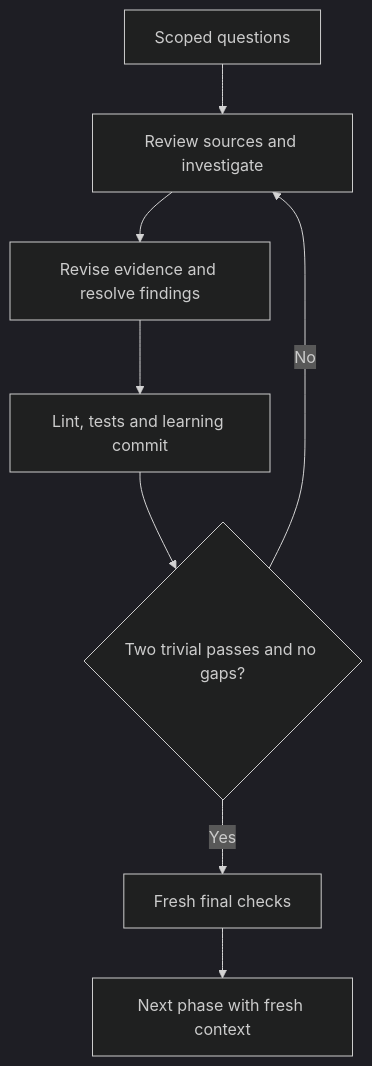
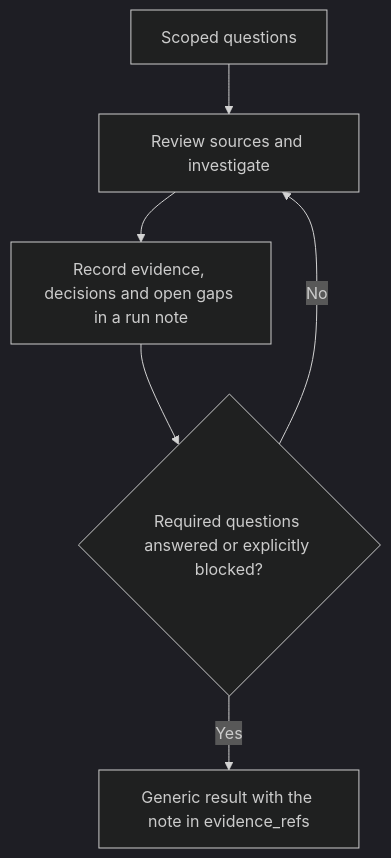
The diagram in skills/shiploop/references/research-loop.md (whichguy/skill-craft), drawn with Mermaid (dark theme) before and after one commit. The commit also changed other lines of this file and 405 other files, not shown here.

````diff
--- a/skills/shiploop/references/research-loop.md
+++ b/skills/shiploop/references/research-loop.md
@@ -15,10 +15,8 @@
 ```mermaid
 flowchart TD
   Q[Scoped questions] --> S[Review sources and investigate]
-  S --> R[Revise evidence and resolve findings]
-  R --> V[Lint, tests and learning commit]
-  V --> G{Two trivial passes and no gaps?}
+  S --> R[Record evidence, decisions and open gaps in a run note]
+  R --> G{Required questions answered or explicitly blocked?}
   G -->|No| S
-  G -->|Yes| F[Fresh final checks]
-  F --> N[Next phase with fresh context]
+  G -->|Yes| N[Generic result with the note in evidence_refs]
 ```
````
